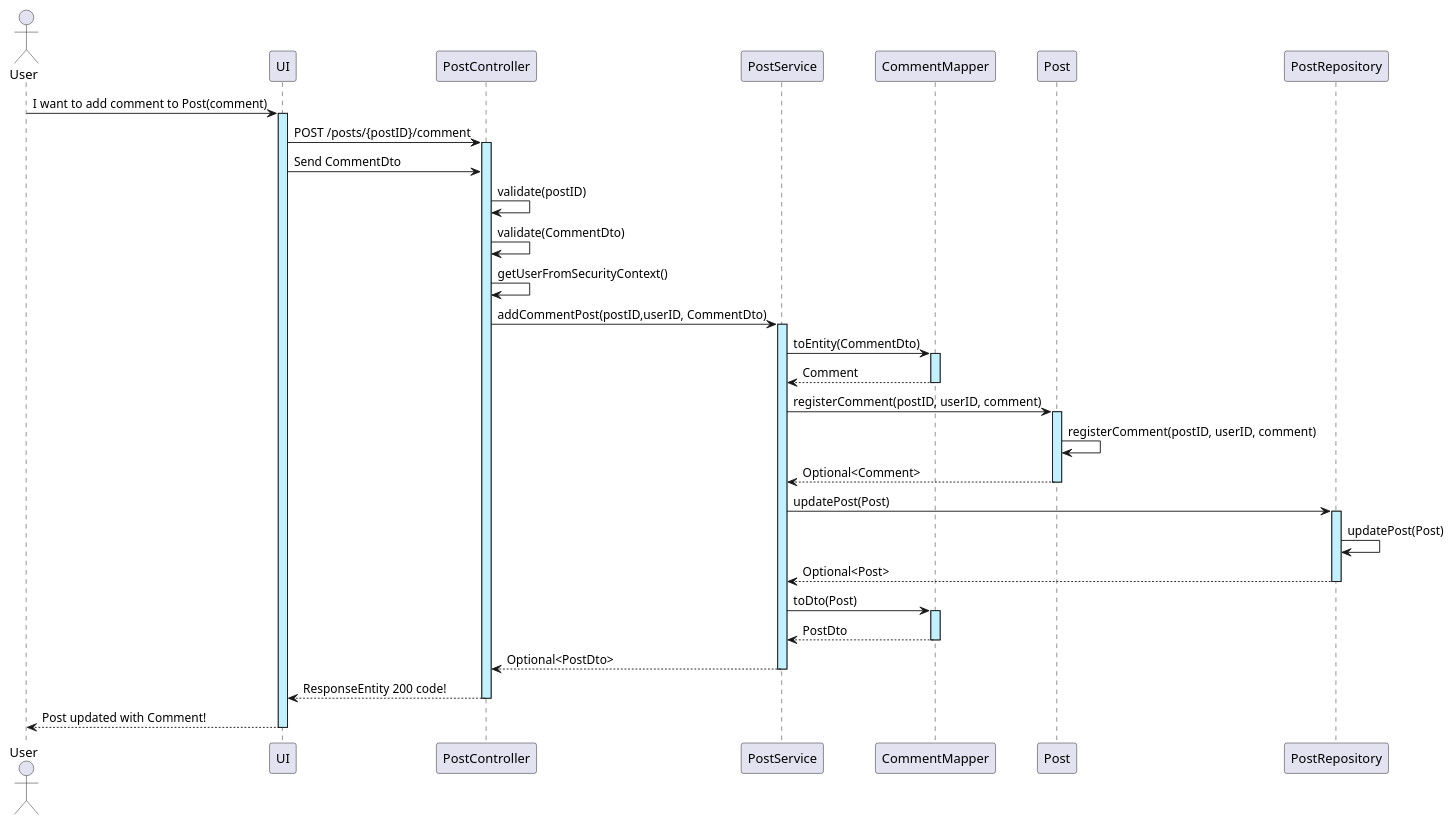
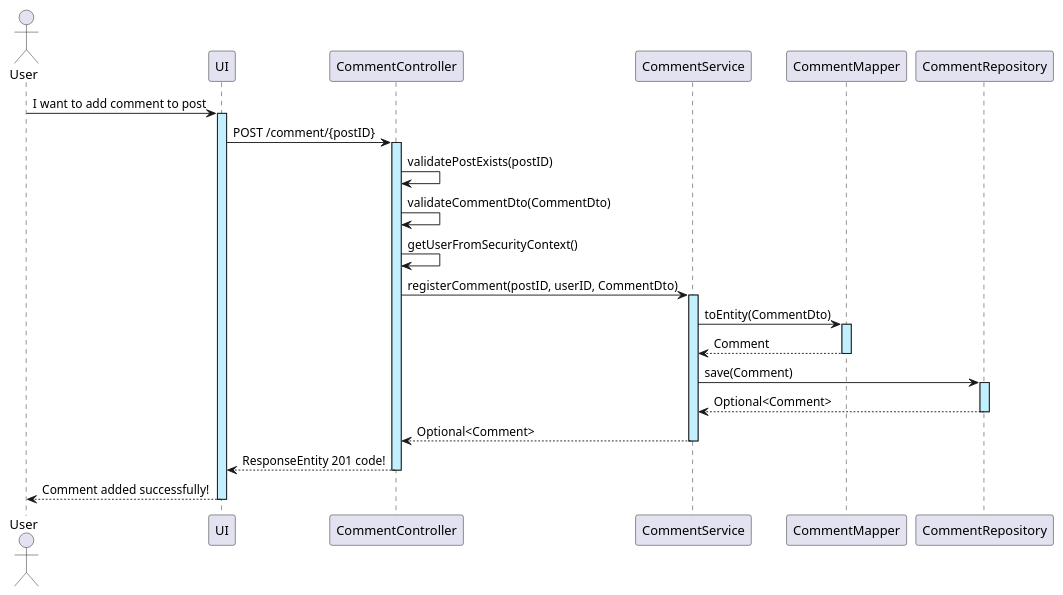
One commit to implaymo/Social-Media-Platform changed the diagram in Diagrams/US02/SD/US_02_addComment_SD.puml. Above: the diagram before and after it, drawn with PlantUML. The commit also changed 1 other file, not shown here.

Commit message:
Improve addLike and addComment sequence diagram.

```diff
--- a/Diagrams/US02/SD/US_02_addComment_SD.puml
+++ b/Diagrams/US02/SD/US_02_addComment_SD.puml
@@ -1,26 +1,19 @@
 @startuml
 
 actor User
 
-User -> UI ++ #application: I want to add comment to Post(comment)
-UI -> PostController ++ #application: POST /posts/{postID}/comment
-UI -> PostController: Send CommentDto
-PostController -> PostController: validate(postID)
-PostController -> PostController: validate(CommentDto)
-PostController -> PostController: getUserFromSecurityContext()
-PostController -> PostService ++ #application: addCommentPost(postID,userID, CommentDto)
-PostService -> CommentMapper ++ #application: toEntity(CommentDto)
-CommentMapper --> PostService --: Comment
-PostService -> Post ++ #application: registerComment(postID, userID, comment)
-Post -> Post: registerComment(postID, userID, comment)
-Post --> PostService --: Optional<Comment>
-PostService -> PostRepository ++ #application: updatePost(Post)
-PostRepository -> PostRepository: updatePost(Post)
-PostRepository --> PostService --: Optional<Post>
-PostService -> CommentMapper ++ #application: toDto(Post)
-CommentMapper --> PostService --: PostDto
-PostService --> PostController --: Optional<PostDto>
-PostController --> UI --: ResponseEntity 200 code!
-UI --> User --: Post updated with Comment!
+User -> UI ++ #application: I want to add comment to post
+UI -> CommentController ++ #application: POST /comment/{postID}
+CommentController -> CommentController: validatePostExists(postID)
+CommentController -> CommentController: validateCommentDto(CommentDto)
+CommentController -> CommentController: getUserFromSecurityContext()
+CommentController -> CommentService ++ #application: registerComment(postID, userID, CommentDto)
+CommentService -> CommentMapper ++ #application: toEntity(CommentDto)
+CommentMapper --> CommentService --: Comment
+CommentService -> CommentRepository ++ #application: save(Comment)
+CommentRepository --> CommentService --: Optional<Comment>
+CommentService --> CommentController --: Optional<Comment>
+CommentController --> UI --: ResponseEntity 201 code!
+UI --> User --: Comment added successfully!
 
 @enduml
```
